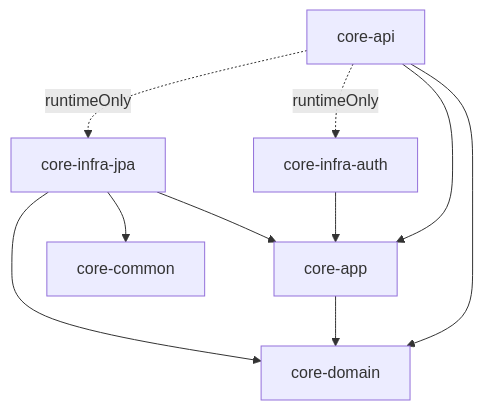
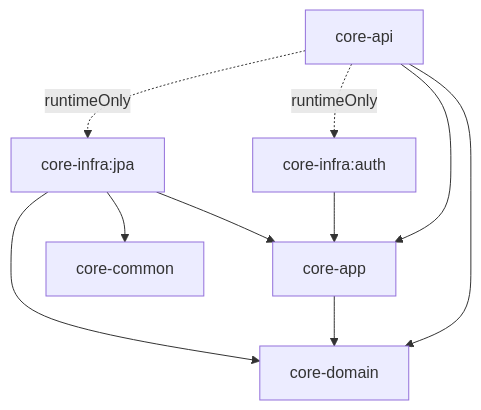
The diagram in README.md (hojunnnnn/commerce-app), drawn with Mermaid before and after one commit.

````diff
--- a/README.md
+++ b/README.md
@@ -23,17 +23,17 @@
 ```mermaid 
 graph TD
     API[core-api] --> APP[core-app]
     API --> DOMAIN[core-domain]
 
     API -. runtimeOnly .-> INFRA_AUTH
     API -. runtimeOnly .-> INFRA_JPA
     
     APP --> DOMAIN
 
-    INFRA_AUTH[core-infra-auth] --> APP
+    INFRA_AUTH[core-infra:auth] --> APP
 
-    INFRA_JPA[core-infra-jpa] --> APP
+    INFRA_JPA[core-infra:jpa] --> APP
     INFRA_JPA --> DOMAIN
     INFRA_JPA --> COMMON[core-common]
 
 ```
````
